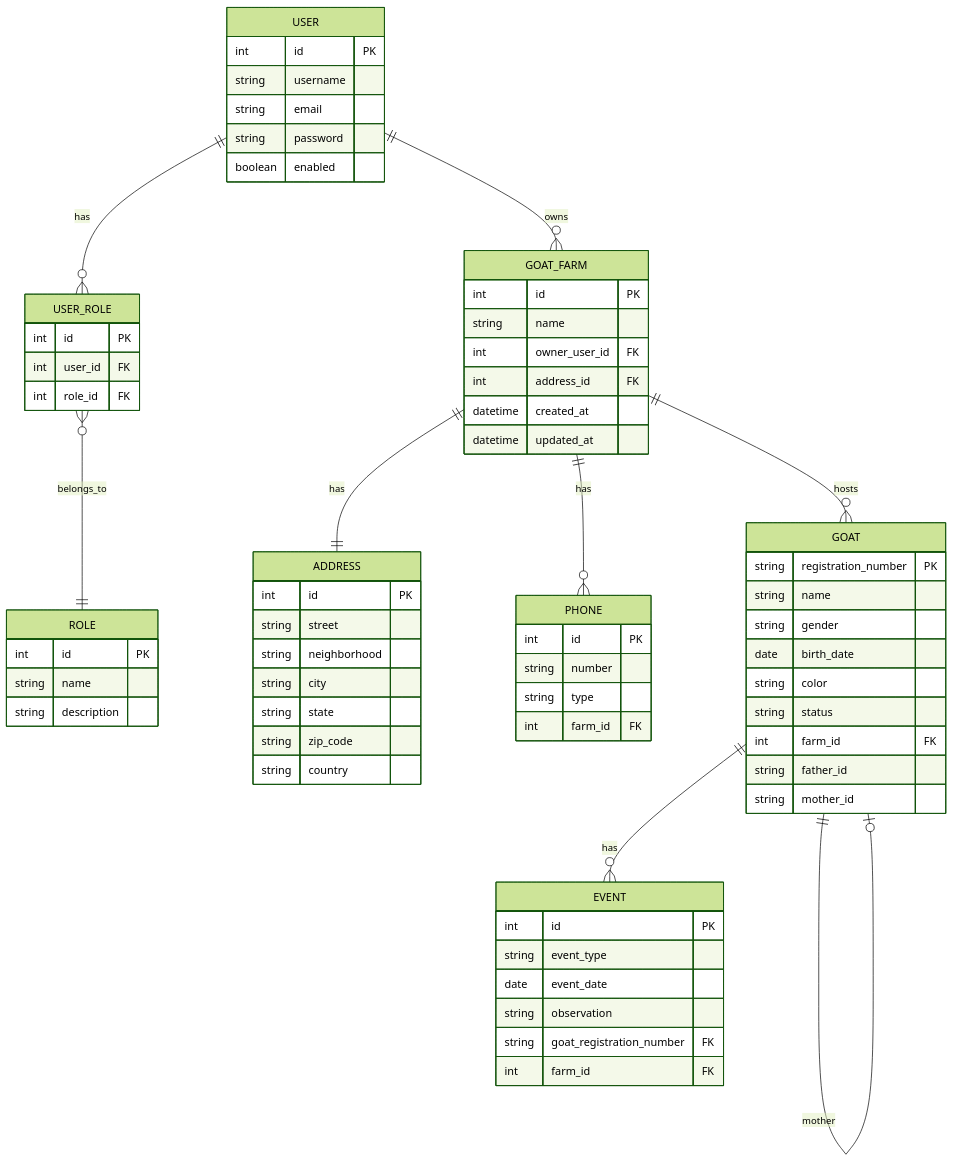
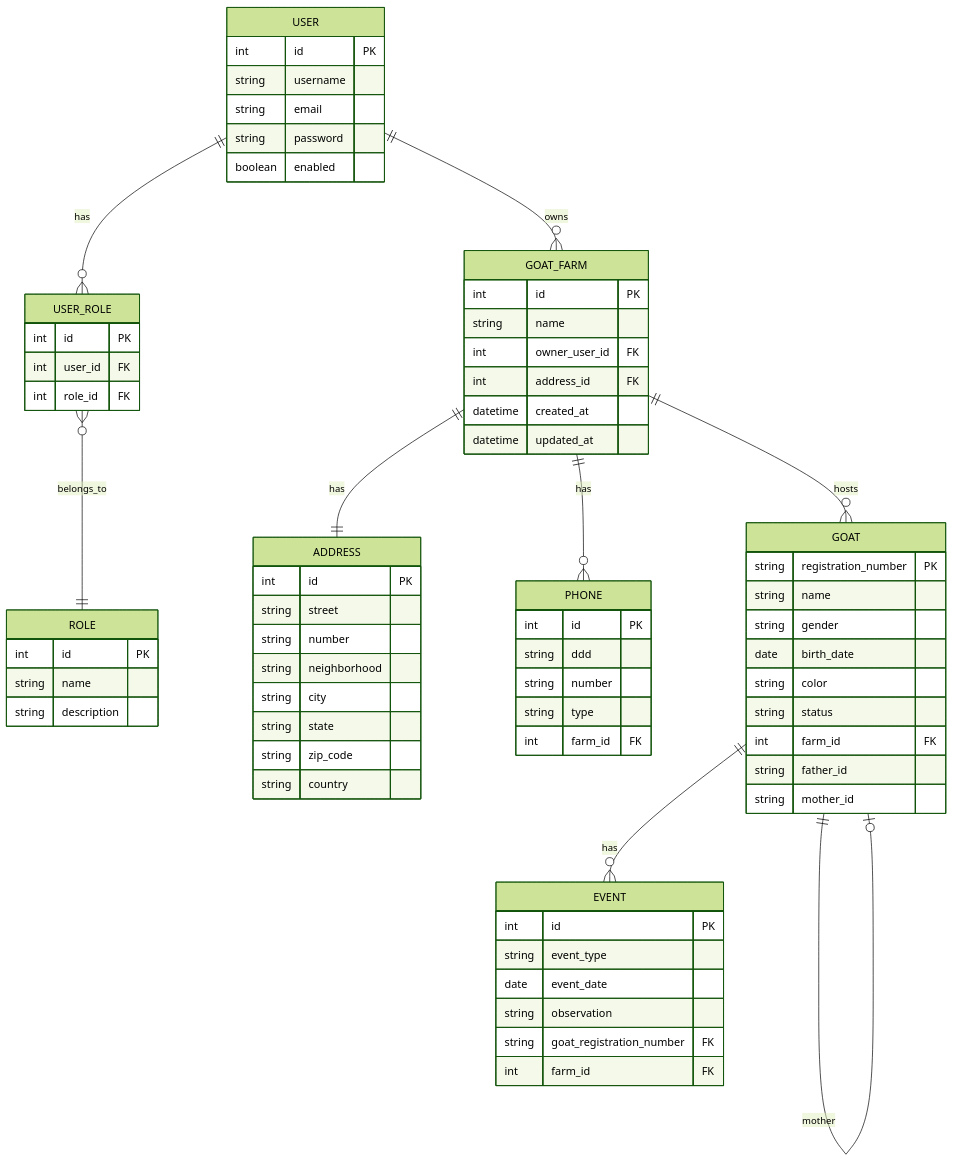
The first of 2 diagrams in README.md (AlbertoVilar/caprigestor-backend), drawn with Mermaid (forest theme) before and after one commit. The commit also changed other lines of this file and 1 other file, not shown here.

Commit message:
docs(diagrams): sync ER (domain.mmd) and add classDiagram to README

````diff
--- a/README.md
+++ b/README.md
@@ -144,79 +145,81 @@
 ```mermaid
 erDiagram
   USER ||--o{ USER_ROLE : has
   USER_ROLE }o--|| ROLE : belongs_to
   USER ||--o{ GOAT_FARM : owns
   GOAT_FARM ||--|| ADDRESS : has
   GOAT_FARM ||--o{ PHONE : has
   GOAT_FARM ||--o{ GOAT : hosts
   GOAT ||--o{ EVENT : has
   GOAT ||--o| GOAT : father
   GOAT ||--o| GOAT : mother
 
   USER {
     int id PK
     string username
     string email
     string password
     boolean enabled
   }
 
   ROLE {
     int id PK
     string name
     string description
   }
 
   USER_ROLE {
     int id PK
     int user_id FK
     int role_id FK
   }
 
   GOAT_FARM {
     int id PK
     string name
     int owner_user_id FK
     int address_id FK
     datetime created_at
     datetime updated_at
   }
 
   ADDRESS {
     int id PK
     string street
+    string number
     string neighborhood
     string city
     string state
     string zip_code
     string country
   }
 
   PHONE {
     int id PK
+    string ddd
     string number
     string type
     int farm_id FK
   }
 
   GOAT {
     string registration_number PK
     string name
     string gender
     date birth_date
     string color
     string status
     int farm_id FK
     string father_id
     string mother_id
   }
 
   EVENT {
     int id PK
     string event_type
     date event_date
     string observation
     string goat_registration_number FK
     int farm_id FK
   }
 ```
````
